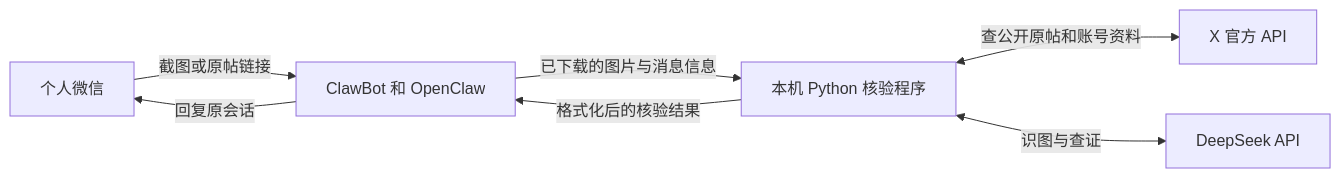
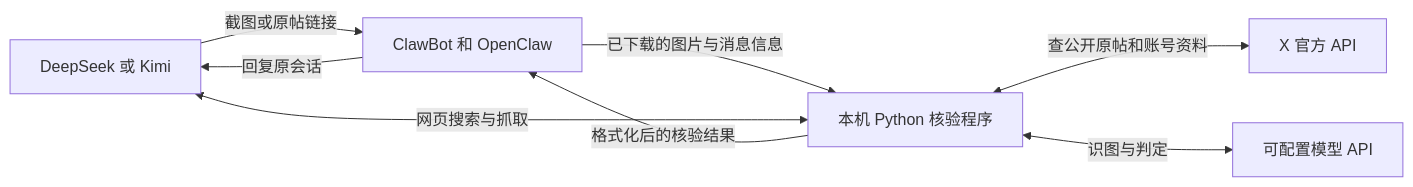
The diagram in docs/design.md (deadlineiscoming/x-validator), drawn with Mermaid before and after one commit. The commit also changed other lines of this file and 15 other files, not shown here.

````diff
--- a/docs/design.md
+++ b/docs/design.md
@@ -11,9 +11,10 @@
 ```mermaid
 flowchart LR
     W[个人微信] -->|截图或原帖链接| O[ClawBot 和 OpenClaw]
     O -->|已下载的图片与消息信息| P[本机 Python 核验程序]
     P <-->|查公开原帖和账号资料| X[X 官方 API]
-    P <-->|识图与查证| D[DeepSeek API]
+    P <-->|识图与判定| M[可配置模型 API]
+    P <-->|网页搜索与抓取| W[DeepSeek 或 Kimi]
     P -->|格式化后的核验结果| O
     O -->|回复原会话| W
 ```
````
